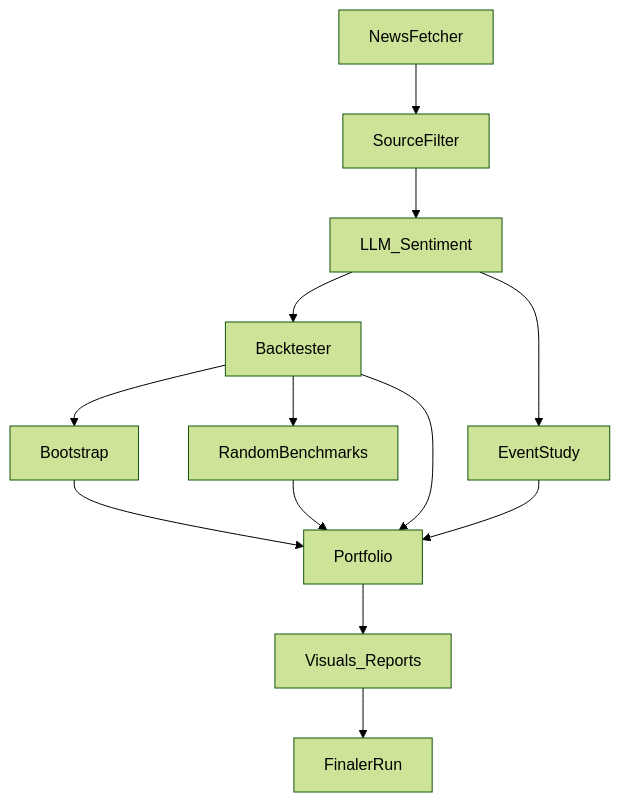
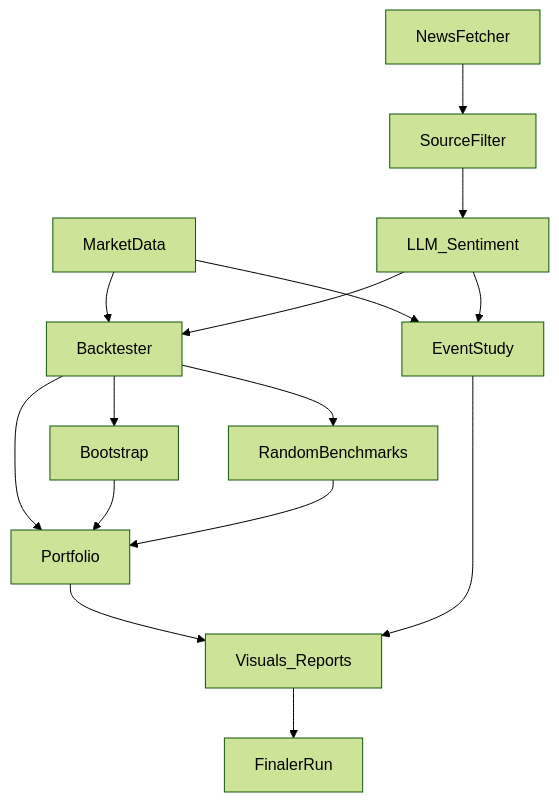
Before and after one commit to Lugier/intraday-news-sentiment-backtester: the diagram in README.md, drawn with Mermaid (forest theme). The commit also changed other lines of this file, not shown here.

Commit message:
docs: Diagramm präzisiert – EventStudy → Visuals, Portfolio nur aus Backtest + MarketData-Knoten

````diff
--- a/README.md
+++ b/README.md
@@ -56,15 +56,23 @@
 ```mermaid
 graph TD
     A[NewsFetcher] --> B[SourceFilter]
     B --> C[LLM_Sentiment]
+
+    %% Market data used by backtest and event study
+    M[MarketData] --> D
+    M --> E
+
     C --> D[Backtester]
     C --> E[EventStudy]
+
     D --> F[Bootstrap]
     D --> G[RandomBenchmarks]
     D --> H[Portfolio]
-    E --> H
     F --> H
     G --> H
+
+    %% EventStudy goes straight to visuals (no portfolio node)
     H --> I[Visuals_Reports]
+    E --> I
     I --> J[FinalerRun]
 ```
````
